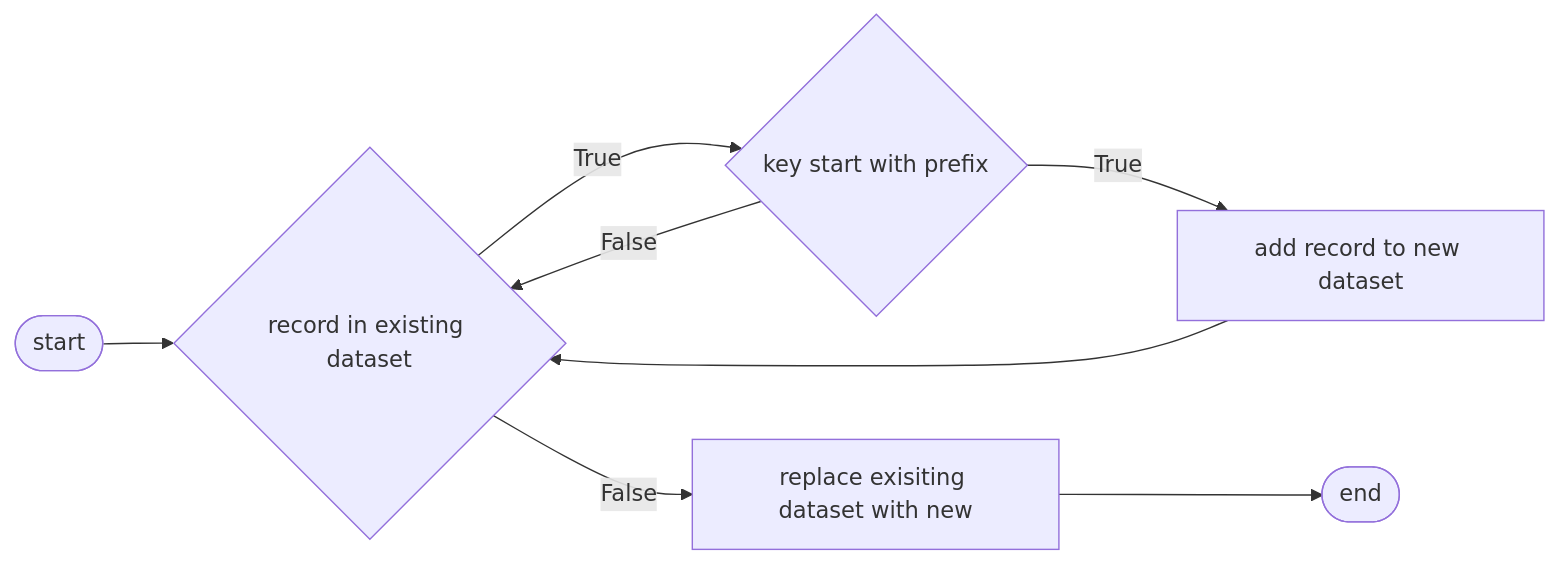
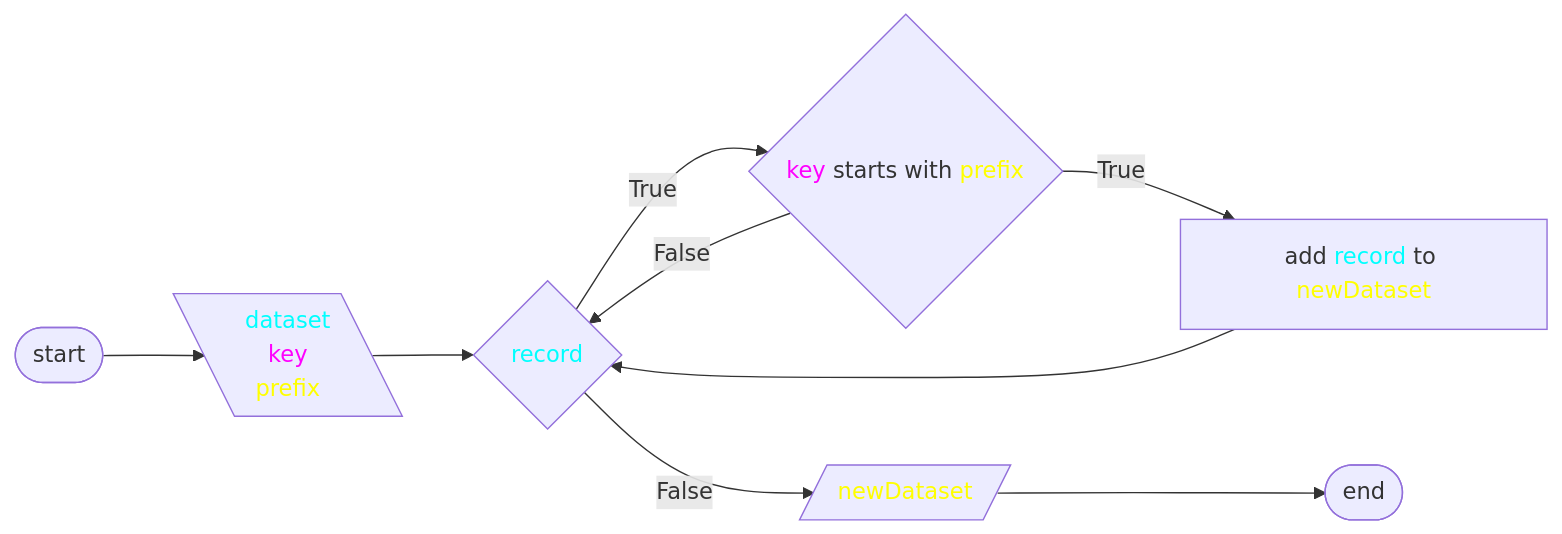
Diagram 14 of 16 in scripts/table/design.md (7s4e/p3), drawn with Mermaid before and after one commit. The commit also changed other lines of this file, not shown here.

````diff
--- a/scripts/table/design.md
+++ b/scripts/table/design.md
@@ -405,16 +410,22 @@
 ```mermaid
 flowchart LR
     STR([start])
-        STR --> RCD
-    RCD{record in existing dataset}
-        RCD -- True --> KEY
+        STR --> INP
+    INP[\"<span style='color:cyan;'>dataset</span>
+          <span style='color:magenta;'>key</span>
+          <span style='color:yellow;'>prefix</span>"\]
+        INP --> RCD
+    RCD{"<span style='color:cyan;'>record</span>"}
+        RCD -- True  --> KEY
+        KEY -- False --> RCD
+        ADD          --> RCD
         RCD -- False --> SET
-    KEY{key start with prefix}
+    KEY{"<span style='color:magenta;'>key</span> starts with <span style=
+             'color:yellow;'>prefix</span>"}
         KEY -- True --> ADD
-        KEY -- False --> RCD
-    ADD[add record to new dataset]
-        ADD --> RCD
-    SET[replace exisiting dataset with new]
+    ADD["add <span style='color:cyan;'>record</span> to <span style=
+             'color:yellow;'>newDataset</span>"]
+    SET[/"<span style='color:yellow;'>newDataset</span>"/]
         SET --> END
     END([end])
 ```
````
